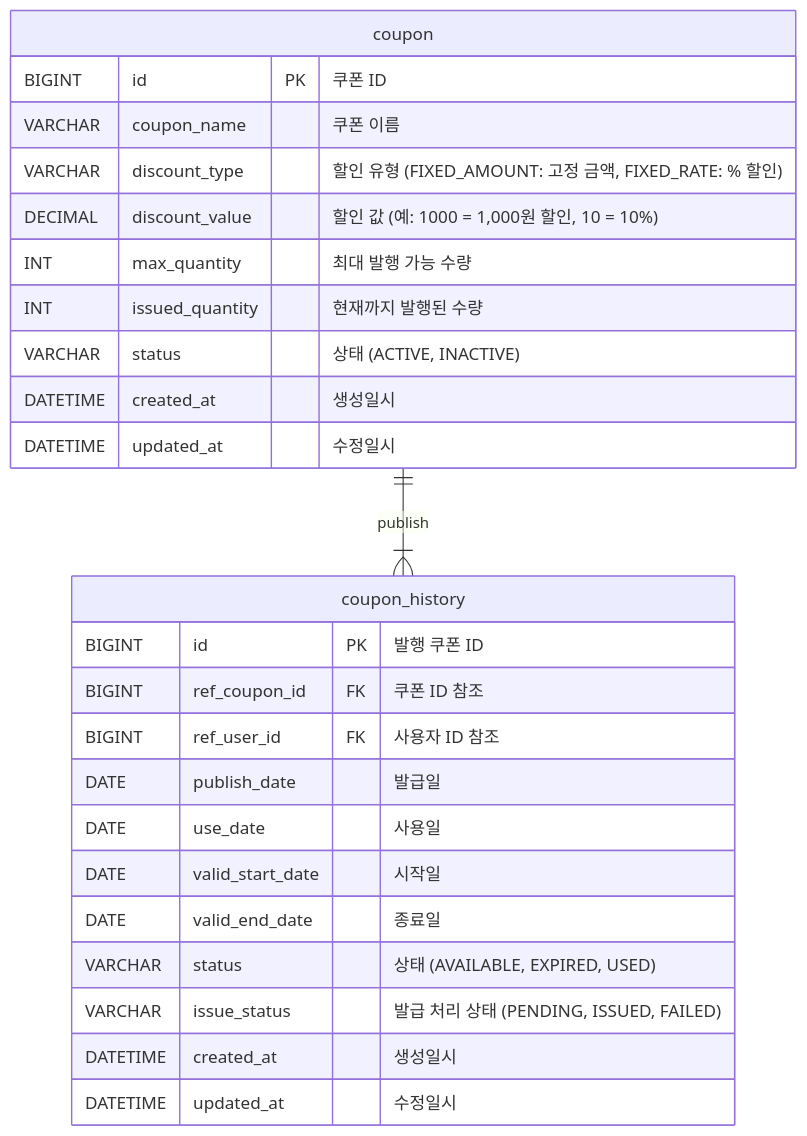
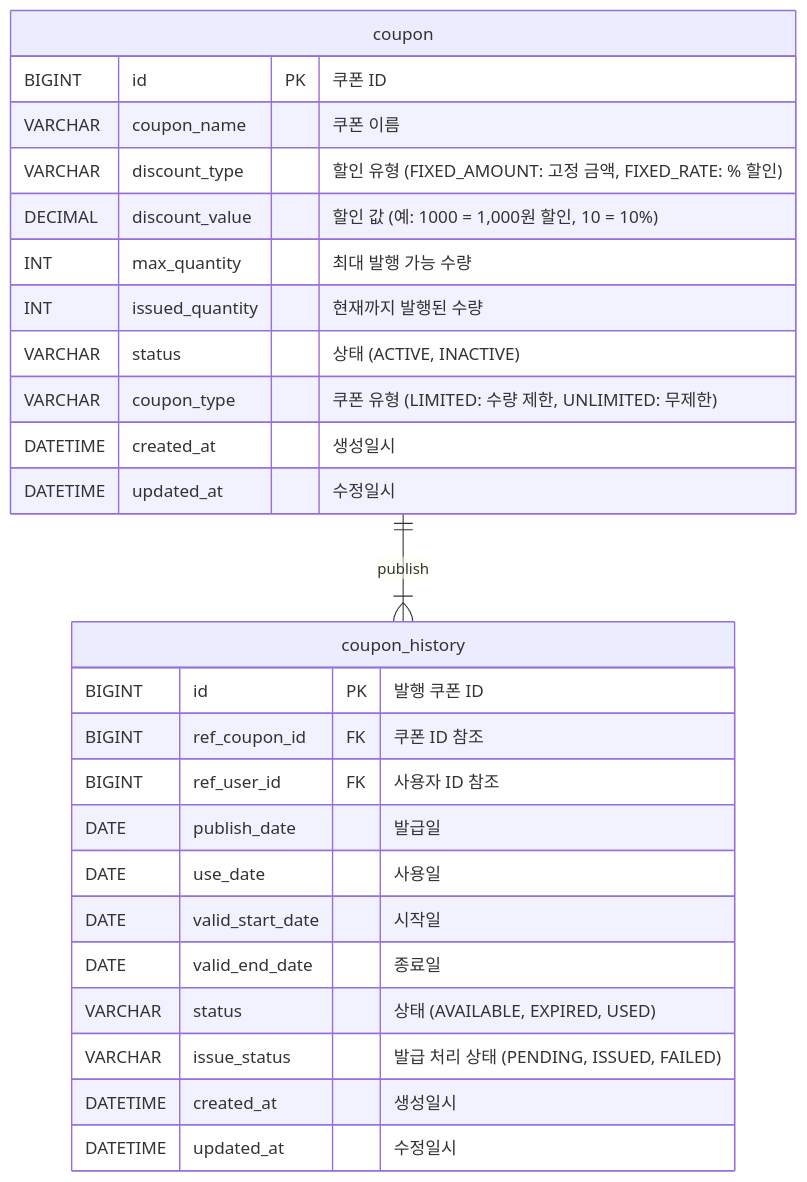
One commit to developerOlive/hhplus-e-commerce changed the fourth of 6 diagrams in docs/04_ERD.md. Above: the diagram before and after it, drawn with Mermaid. The commit also changed other lines of this file and 3 other files, not shown here.

````diff
--- a/docs/04_ERD.md
+++ b/docs/04_ERD.md
@@ -254,31 +255,32 @@
 ```mermaid
 erDiagram
     coupon {
         BIGINT id PK "쿠폰 ID"
         VARCHAR coupon_name "쿠폰 이름"
         VARCHAR discount_type "할인 유형 (FIXED_AMOUNT: 고정 금액, FIXED_RATE: % 할인)"
         DECIMAL discount_value "할인 값 (예: 1000 = 1,000원 할인, 10 = 10%)"
         INT max_quantity "최대 발행 가능 수량"
         INT issued_quantity "현재까지 발행된 수량"
         VARCHAR status "상태 (ACTIVE, INACTIVE)"
+        VARCHAR coupon_type "쿠폰 유형 (LIMITED: 수량 제한, UNLIMITED: 무제한)"
         DATETIME created_at "생성일시"
         DATETIME updated_at "수정일시"
     }
 
     coupon_history {
         BIGINT id PK "발행 쿠폰 ID"
         BIGINT ref_coupon_id FK "쿠폰 ID 참조"
         BIGINT ref_user_id FK "사용자 ID 참조"
         DATE publish_date "발급일"
         DATE use_date "사용일"
         DATE valid_start_date "시작일"
         DATE valid_end_date "종료일"
         VARCHAR status "상태 (AVAILABLE, EXPIRED, USED)"
         VARCHAR issue_status "발급 처리 상태 (PENDING, ISSUED, FAILED)"
         DATETIME created_at "생성일시"
         DATETIME updated_at "수정일시"
     }
 
     coupon ||--|{ coupon_history : publish
 
 ```
````
